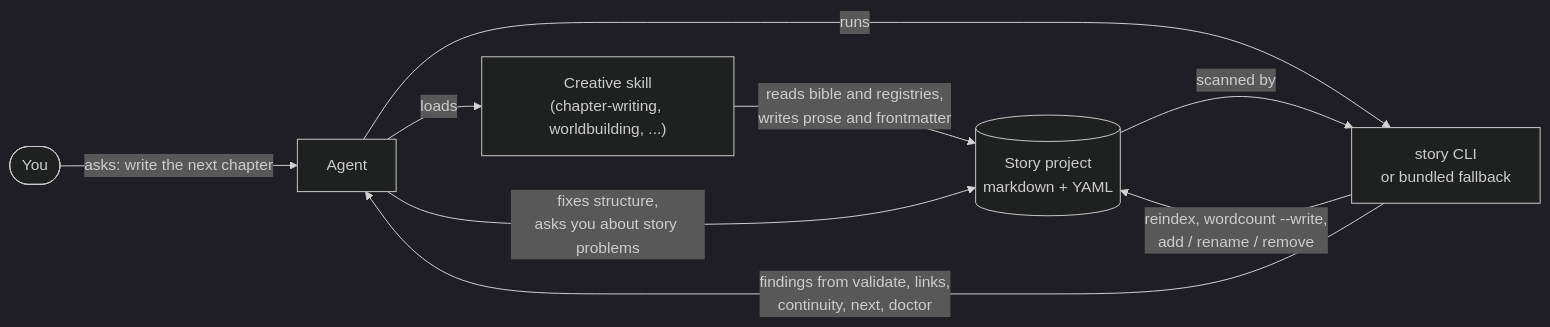
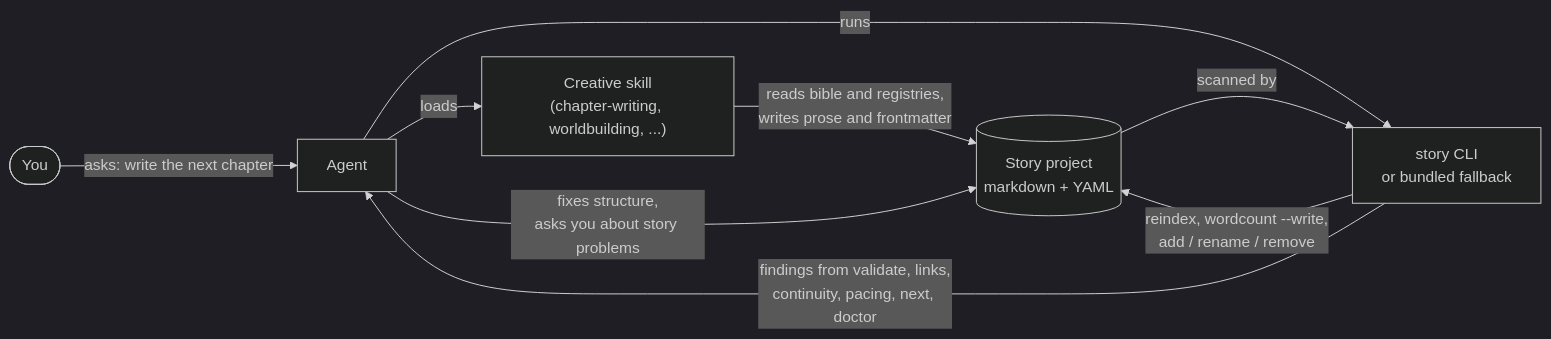
The diagram in docs/concepts.md (danjdewhurst/story-skills), drawn with Mermaid (dark theme) before and after one commit. The commit also changed other lines of this file and 13 other files, not shown here.

````diff
--- a/docs/concepts.md
+++ b/docs/concepts.md
@@ -335,11 +349,11 @@
 ```mermaid
 flowchart LR
     You([You]) -->|"asks: write the next chapter"| Agent
     Agent -->|loads| Skill["Creative skill<br/>(chapter-writing, worldbuilding, ...)"]
     Skill -->|"reads bible and registries,<br/>writes prose and frontmatter"| Project[("Story project<br/>markdown + YAML")]
     Agent -->|runs| CLI["story CLI<br/>or bundled fallback"]
     CLI -->|"reindex, wordcount --write,<br/>add / rename / remove"| Project
     Project -->|scanned by| CLI
-    CLI -->|"findings from validate, links,<br/>continuity, next, doctor"| Agent
+    CLI -->|"findings from validate, links,<br/>continuity, pacing, next, doctor"| Agent
     Agent -->|"fixes structure,<br/>asks you about story problems"| Project
 ```
````
